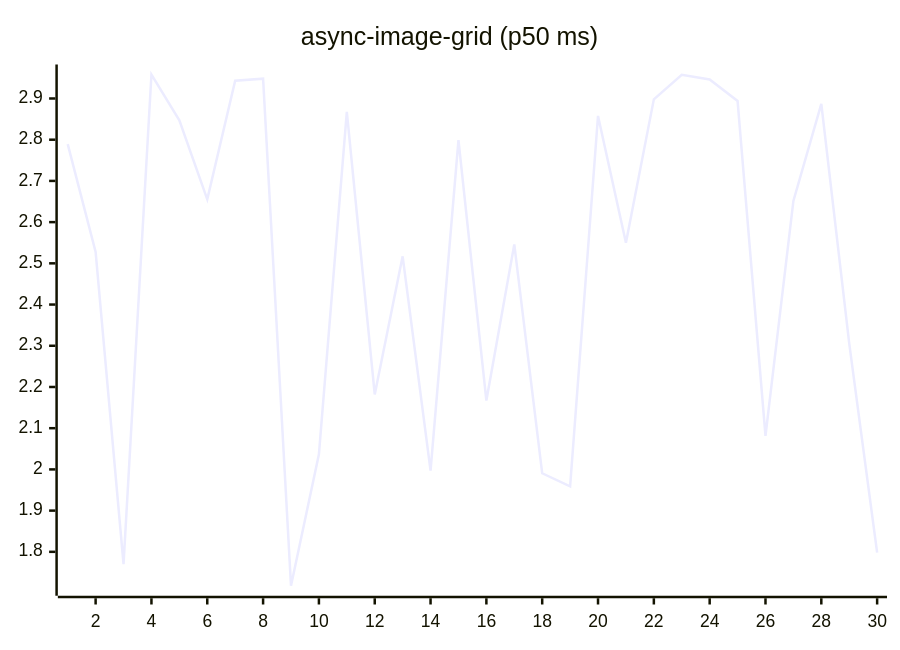
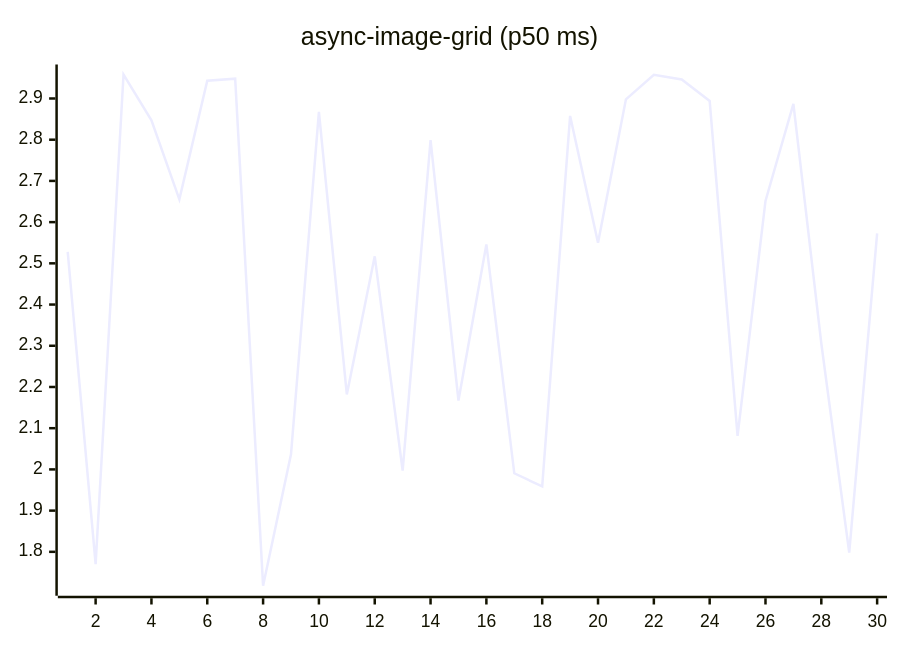
Before and after one commit to josha/Facet: the fifth of 27 diagrams in README.md, drawn with Mermaid. The commit also changed other lines of this file and 2 other files, not shown here.

````diff
--- a/README.md
+++ b/README.md
@@ -91,6 +91,6 @@
 ```mermaid
 xychart-beta
     title "async-image-grid (p50 ms)"
     x-axis 1 --> 30
-    line [2.7892, 2.5277, 1.7701, 2.9582, 2.8471, 2.6552, 2.9433, 2.9481, 1.7177, 2.0365, 2.8674, 2.1819, 2.5171, 1.9970, 2.7988, 2.1671, 2.5459, 1.9906, 1.9586, 2.8577, 2.5497, 2.8980, 2.9576, 2.9463, 2.8940, 2.0815, 2.6515, 2.8871, 2.3060, 1.7979]
+    line [2.5277, 1.7701, 2.9582, 2.8471, 2.6552, 2.9433, 2.9481, 1.7177, 2.0365, 2.8674, 2.1819, 2.5171, 1.9970, 2.7988, 2.1671, 2.5459, 1.9906, 1.9586, 2.8577, 2.5497, 2.8980, 2.9576, 2.9463, 2.8940, 2.0815, 2.6515, 2.8871, 2.3060, 1.7979, 2.5726]
 ```
````
